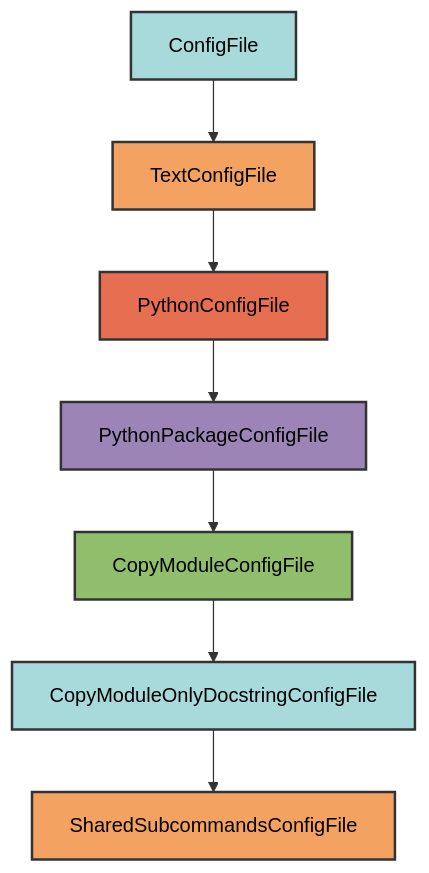
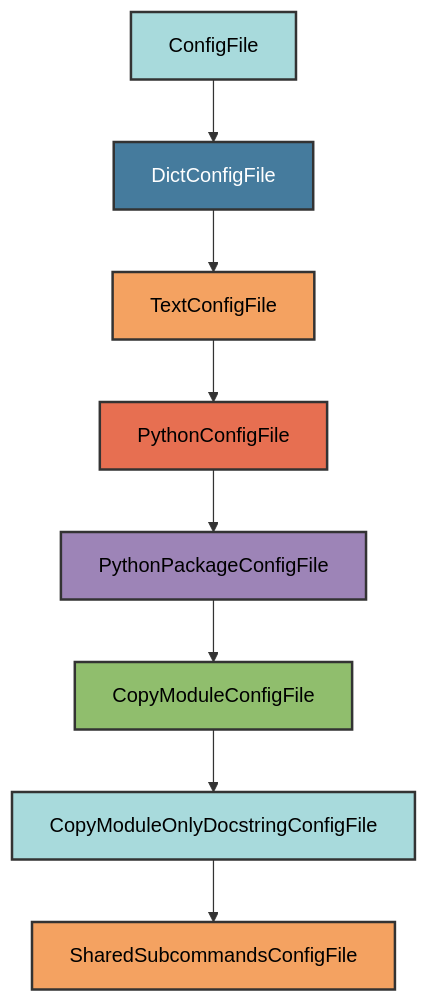
Before and after one commit to Winipedia/pyrig: the diagram in docs/configs/shared_subcommands.md, drawn with Mermaid. The commit also changed other lines of this file and 21 other files, not shown here.

````diff
--- a/docs/configs/shared_subcommands.md
+++ b/docs/configs/shared_subcommands.md
@@ -17,17 +17,19 @@
 ```mermaid
 graph TD
-    A[ConfigFile] --> B[TextConfigFile]
-    B --> C[PythonConfigFile]
-    C --> D[PythonPackageConfigFile]
-    D --> E[CopyModuleConfigFile]
-    E --> F[CopyModuleOnlyDocstringConfigFile]
-    F --> G[SharedSubcommandsConfigFile]
+    A[ConfigFile] --> B[DictConfigFile]
+    B --> C[TextConfigFile]
+    C --> D[PythonConfigFile]
+    D --> E[PythonPackageConfigFile]
+    E --> F[CopyModuleConfigFile]
+    F --> G[CopyModuleOnlyDocstringConfigFile]
+    G --> H[SharedSubcommandsConfigFile]
 
     style A fill:#a8dadc,stroke:#333,stroke-width:2px,color:#000
-    style B fill:#f4a261,stroke:#333,stroke-width:2px,color:#000
-    style C fill:#e76f51,stroke:#333,stroke-width:2px,color:#000
-    style D fill:#9d84b7,stroke:#333,stroke-width:2px,color:#000
-    style E fill:#90be6d,stroke:#333,stroke-width:2px,color:#000
-    style F fill:#a8dadc,stroke:#333,stroke-width:2px,color:#000
-    style G fill:#f4a261,stroke:#333,stroke-width:2px,color:#000
+    style B fill:#457b9d,stroke:#333,stroke-width:2px,color:#fff
+    style C fill:#f4a261,stroke:#333,stroke-width:2px,color:#000
+    style D fill:#e76f51,stroke:#333,stroke-width:2px,color:#000
+    style E fill:#9d84b7,stroke:#333,stroke-width:2px,color:#000
+    style F fill:#90be6d,stroke:#333,stroke-width:2px,color:#000
+    style G fill:#a8dadc,stroke:#333,stroke-width:2px,color:#000
+    style H fill:#f4a261,stroke:#333,stroke-width:2px,color:#000
 ```
````
